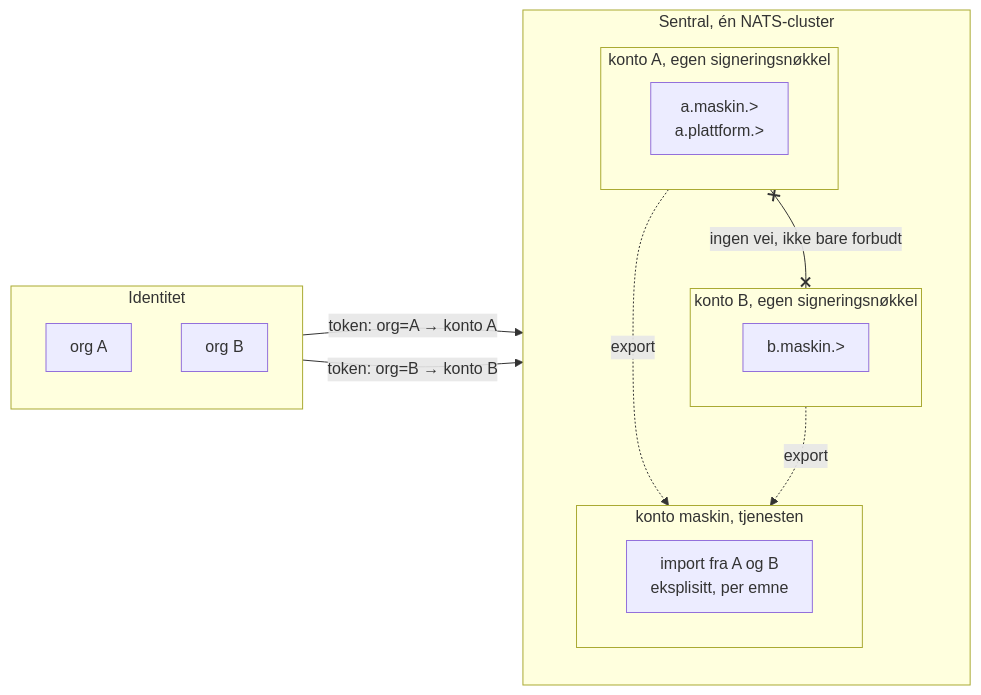
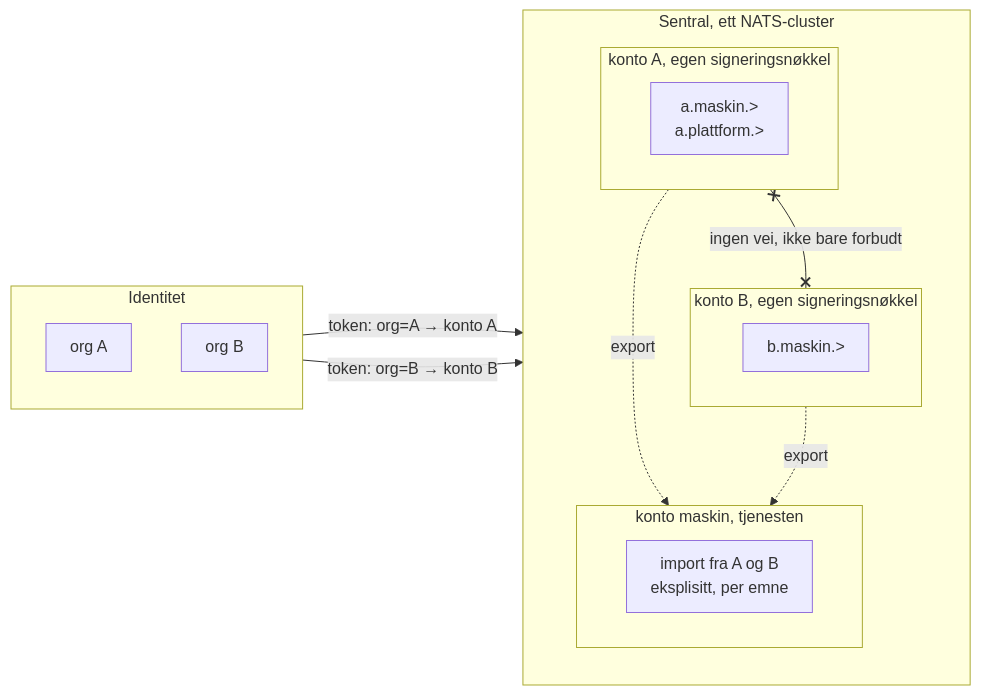
Before and after one commit to dataverket-org/org: the second of 6 diagrams in docs/arrangement/2026-10-14-containerkonferansen/foredrag.md, drawn with Mermaid. The commit also changed 2 other files, not shown here.

Commit message:
docs/arrangement/containerkonferansen: ett NATS-cluster, ikke én

````diff
--- a/docs/arrangement/2026-10-14-containerkonferansen/foredrag.md
+++ b/docs/arrangement/2026-10-14-containerkonferansen/foredrag.md
@@ -112,26 +112,26 @@
 ```mermaid
 %%{init: {"handDrawnSeed": 1, "fontFamily": "Helvetica, Arial, sans-serif", "flowchart": {"htmlLabels": true, "padding": 12}}}%%
 flowchart LR
   subgraph Z["Identitet"]
     direction TB
     OA["org A"]
     OB["org B"]
   end
-  subgraph N["Sentral, én NATS-cluster"]
+  subgraph N["Sentral, ett NATS-cluster"]
     direction TB
     subgraph KA["konto A, egen signeringsnøkkel"]
       SA["a.maskin.&gt;<br/>a.plattform.&gt;"]
     end
     subgraph KB["konto B, egen signeringsnøkkel"]
       SB["b.maskin.&gt;"]
     end
     subgraph KM["konto maskin, tjenesten"]
       SM["import fra A og B<br/>eksplisitt, per emne"]
     end
   end
   OA -- "token: org=A → konto A" --> KA
   OB -- "token: org=B → konto B" --> KB
   KA x-- "ingen vei, ikke bare forbudt" --x KB
   KA -. export .-> KM
   KB -. export .-> KM
 ```
````
